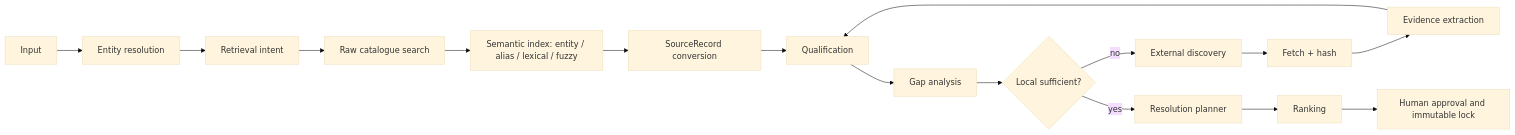
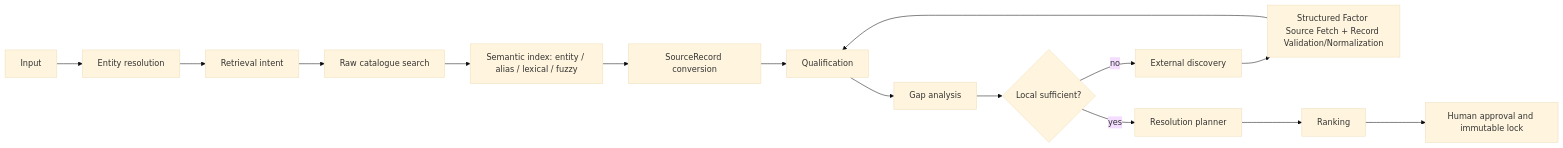
The second of 2 diagrams in docs/CFR_ARCHITECTURE.md (kamjcx/CarbonFactorResolver), drawn with Mermaid (base theme) before and after one commit. The commit also changed other lines of this file and 12 other files, not shown here.

````diff
--- a/docs/CFR_ARCHITECTURE.md
+++ b/docs/CFR_ARCHITECTURE.md
@@ -5,18 +11,17 @@
 ```mermaid
 flowchart LR
     A[Input] --> B[Entity resolution]
     B --> C[Retrieval intent]
     C --> D[Raw catalogue search]
     D --> E[Semantic index: entity / alias / lexical / fuzzy]
     E --> F[SourceRecord conversion]
     F --> G[Qualification]
     G --> H[Gap analysis]
     H --> I{Local sufficient?}
     I -- no --> J[External discovery]
-    J --> K[Fetch + hash]
-    K --> L[Evidence extraction]
-    L --> G
+    J --> K[Structured Factor Source Fetch + Record Validation/Normalization]
+    K --> G
     I -- yes --> M[Resolution planner]
     M --> N[Ranking]
     N --> O[Human approval and immutable lock]
 ```
````
